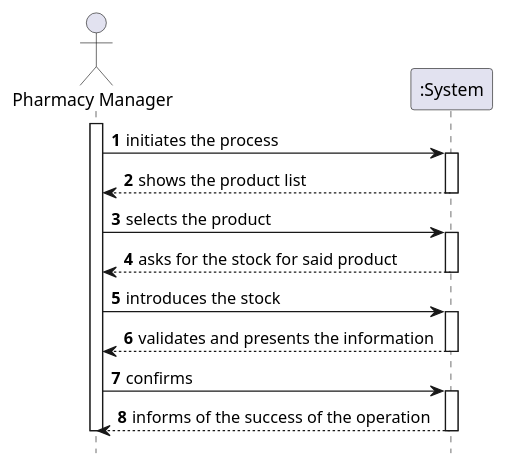
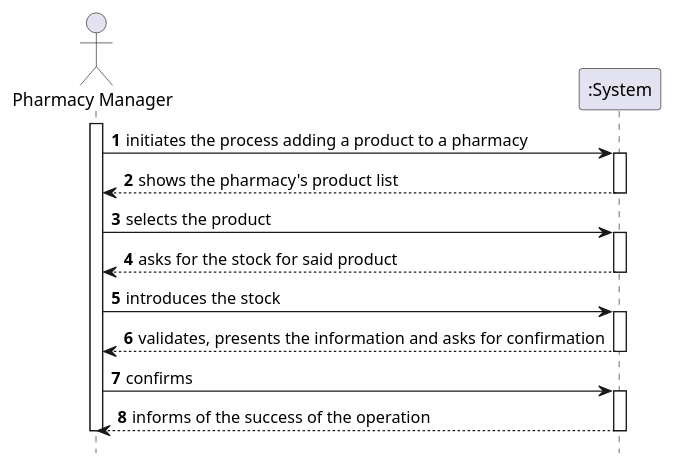
One commit to tiagoavcosta25/LAPR3 changed the diagram in docs/Iteration 1/Pharmacy Management/US64_AddPharmacyProducts/US64_SSD.puml. Above: the diagram before and after it, drawn with PlantUML. The commit also changed 6 other files, not shown here.

Commit message:
LAPR2AP2-186 #close Add Pharmacy Product [Design]

```diff
--- a/docs/Iteration 1/Pharmacy Management/US64_AddPharmacyProducts/US64_SSD.puml
+++ b/docs/Iteration 1/Pharmacy Management/US64_AddPharmacyProducts/US64_SSD.puml
@@ -1,32 +1,32 @@
 @startuml
 autonumber
 hide footbox
 
 actor "Pharmacy Manager" as PM
 participant ":System" as SYST
 
 activate PM
 
-PM -> SYST : initiates the process
+PM -> SYST : initiates the process adding a product to a pharmacy
 activate SYST
-SYST --> PM : shows the product list
+SYST --> PM : shows the pharmacy's product list
 deactivate SYST
 
 PM -> SYST : selects the product
 activate SYST
 SYST --> PM : asks for the stock for said product
 deactivate SYST
 
 PM -> SYST : introduces the stock
 activate SYST
-SYST --> PM : validates and presents the information
+SYST --> PM : validates, presents the information and asks for confirmation
 deactivate SYST
 
 PM -> SYST : confirms
 activate SYST
 SYST --> PM : informs of the success of the operation
 deactivate SYST
 
 deactivate PM
 
 @enduml
```
